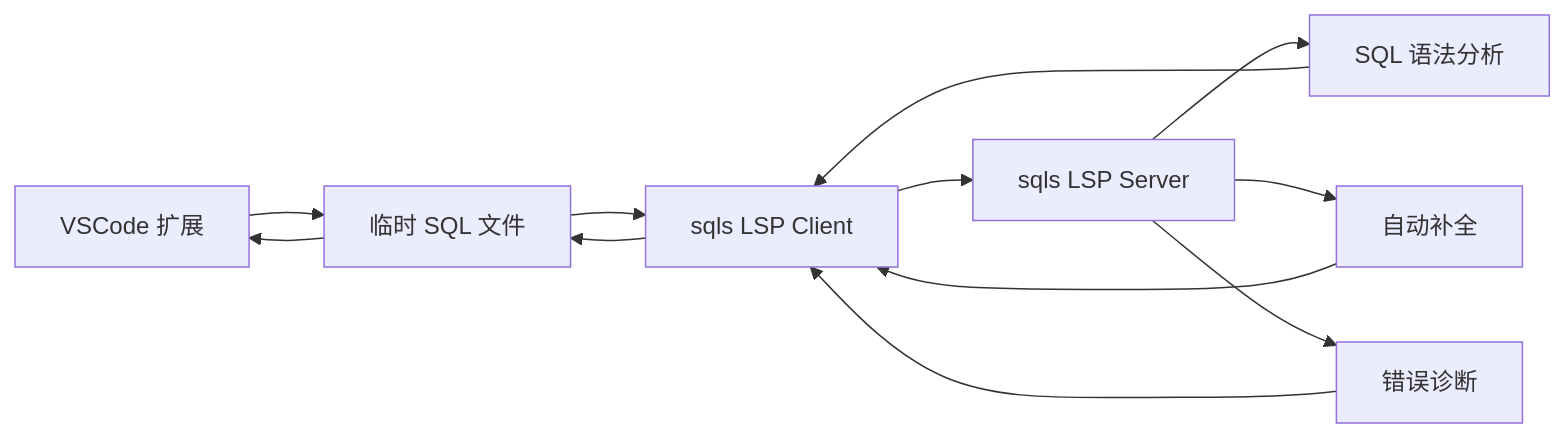
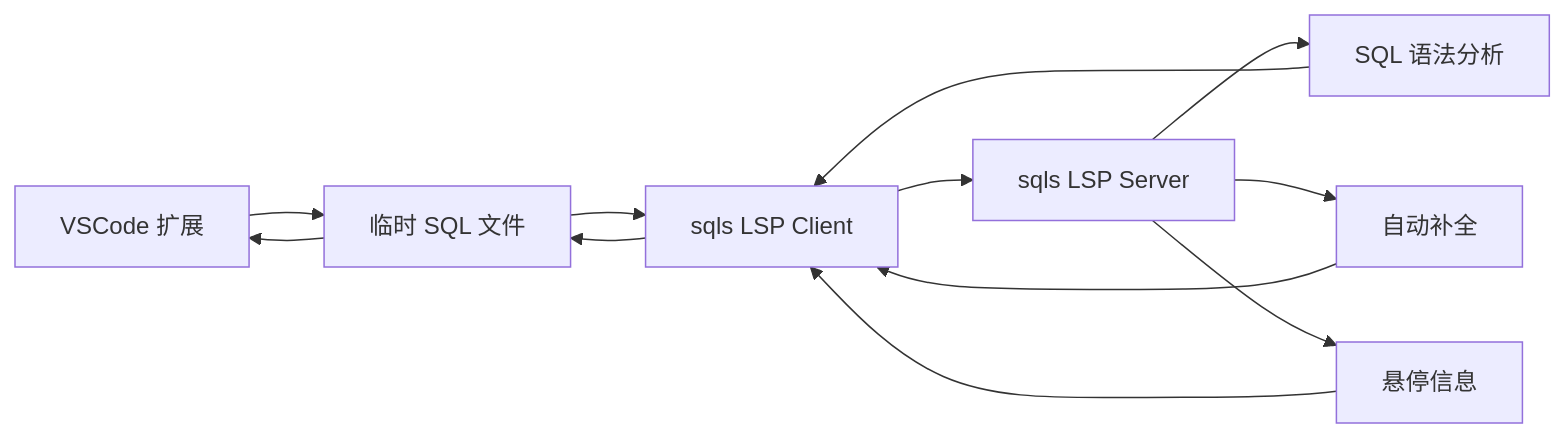
Before and after one commit to StrayDragon/sqlsugar: the third of 8 diagrams in docs/plan/2025-08-09-MVP.md, drawn with Mermaid. The commit also changed other lines of this file and 6 other files, not shown here.

````diff
--- a/docs/plan/2025-08-09-MVP.md
+++ b/docs/plan/2025-08-09-MVP.md
@@ -74,14 +75,14 @@
 ```mermaid
 graph LR
     A[VSCode 扩展] --> B[临时 SQL 文件]
     B --> C[sqls LSP Client]
     C --> D[sqls LSP Server]
     D --> E[SQL 语法分析]
     D --> F[自动补全]
-    D --> G[错误诊断]
+    D --> G[悬停信息]
     E --> C
     F --> C
     G --> C
     C --> B
     B --> A
 ```
````
